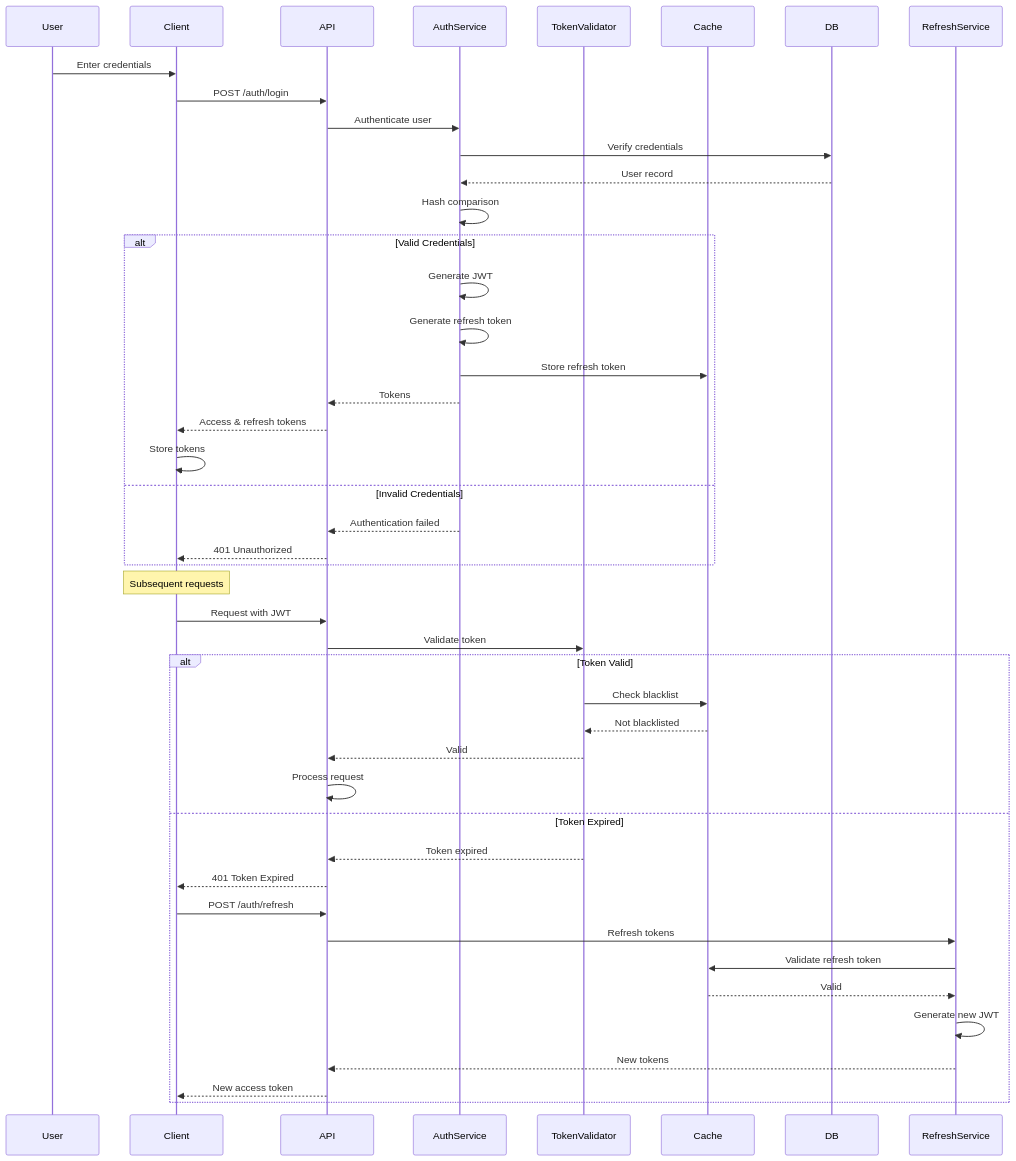
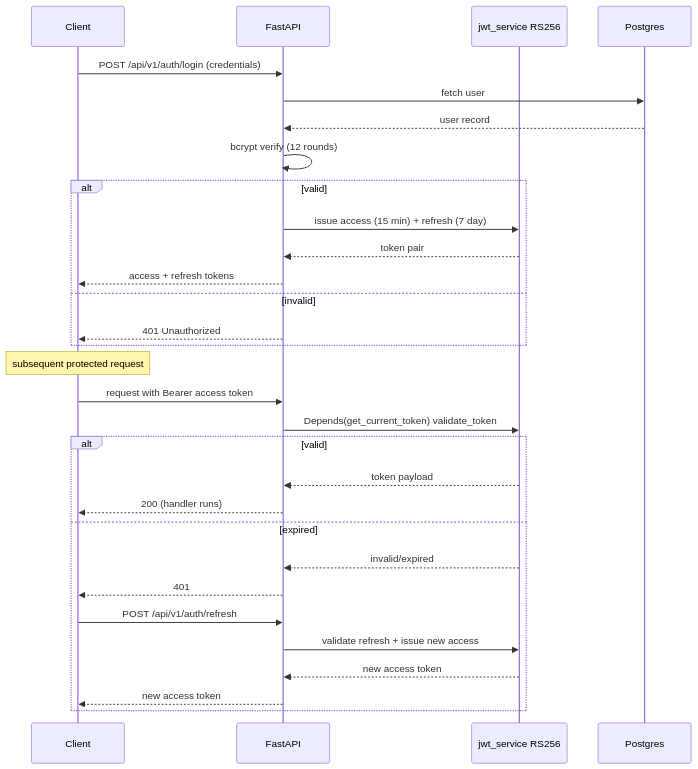
Before and after one commit to jsogarro/cerebro: the seventh of 10 diagrams in docs/workflow-sequence-diagrams.md, drawn with Mermaid. The commit also changed other lines of this file and 36 other files, not shown here.

First line of the commit message:
docs: align all documentation with the current architecture

````diff
--- a/docs/workflow-sequence-diagrams.md
+++ b/docs/workflow-sequence-diagrams.md
@@ -301,55 +318,36 @@
 ```mermaid
 sequenceDiagram
-    participant User
     participant Client
-    participant API
-    participant AuthService
-    participant TokenValidator
-    participant Cache
-    participant DB
-    participant RefreshService
-    
-    User->>Client: Enter credentials
-    Client->>API: POST /auth/login
-    API->>AuthService: Authenticate user
-    
-    AuthService->>DB: Verify credentials
-    DB-->>AuthService: User record
-    
-    AuthService->>AuthService: Hash comparison
-    
-    alt Valid Credentials
-        AuthService->>AuthService: Generate JWT
-        AuthService->>AuthService: Generate refresh token
-        AuthService->>Cache: Store refresh token
-        AuthService-->>API: Tokens
-        API-->>Client: Access & refresh tokens
-        Client->>Client: Store tokens
-    else Invalid Credentials
-        AuthService-->>API: Authentication failed
+    participant API as FastAPI
+    participant JWT as jwt_service RS256
+    participant DB as Postgres
+
+    Client->>API: POST /api/v1/auth/login (credentials)
+    API->>DB: fetch user
+    DB-->>API: user record
+    API->>API: bcrypt verify (12 rounds)
+
+    alt valid
+        API->>JWT: issue access (15 min) + refresh (7 day)
+        JWT-->>API: token pair
+        API-->>Client: access + refresh tokens
+    else invalid
         API-->>Client: 401 Unauthorized
     end
-    
-    Note over Client: Subsequent requests
-    
-    Client->>API: Request with JWT
-    API->>TokenValidator: Validate token
-    
-    alt Token Valid
-        TokenValidator->>Cache: Check blacklist
-        Cache-->>TokenValidator: Not blacklisted
-        TokenValidator-->>API: Valid
-        API->>API: Process request
-    else Token Expired
-        TokenValidator-->>API: Token expired
-        API-->>Client: 401 Token Expired
-        
-        Client->>API: POST /auth/refresh
-        API->>RefreshService: Refresh tokens
-        RefreshService->>Cache: Validate refresh token
-        Cache-->>RefreshService: Valid
-        RefreshService->>RefreshService: Generate new JWT
-        RefreshService-->>API: New tokens
-        API-->>Client: New access token
+
+    Note over Client: subsequent protected request
+
+    Client->>API: request with Bearer access token
+    API->>JWT: Depends(get_current_token) validate_token
+    alt valid
+        JWT-->>API: token payload
+        API-->>Client: 200 (handler runs)
+    else expired
+        JWT-->>API: invalid/expired
+        API-->>Client: 401
+        Client->>API: POST /api/v1/auth/refresh
+        API->>JWT: validate refresh + issue new access
+        JWT-->>API: new access token
+        API-->>Client: new access token
     end
 ```
````
